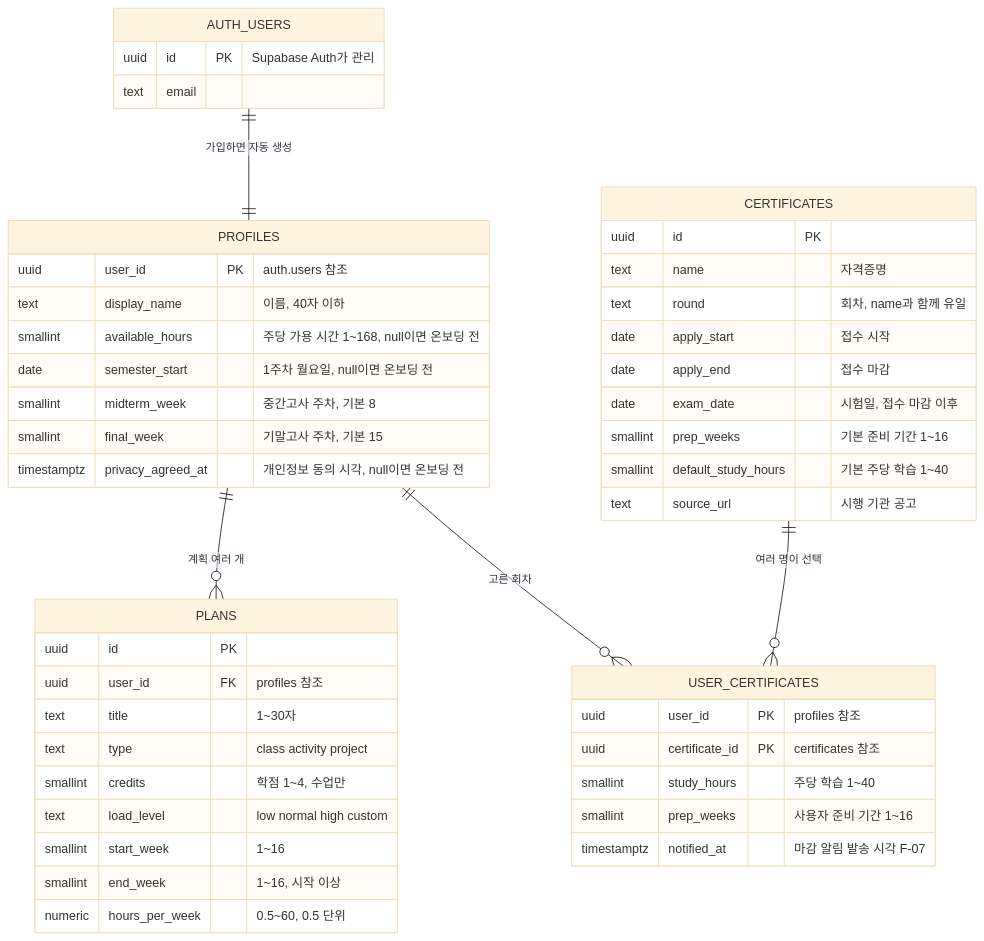
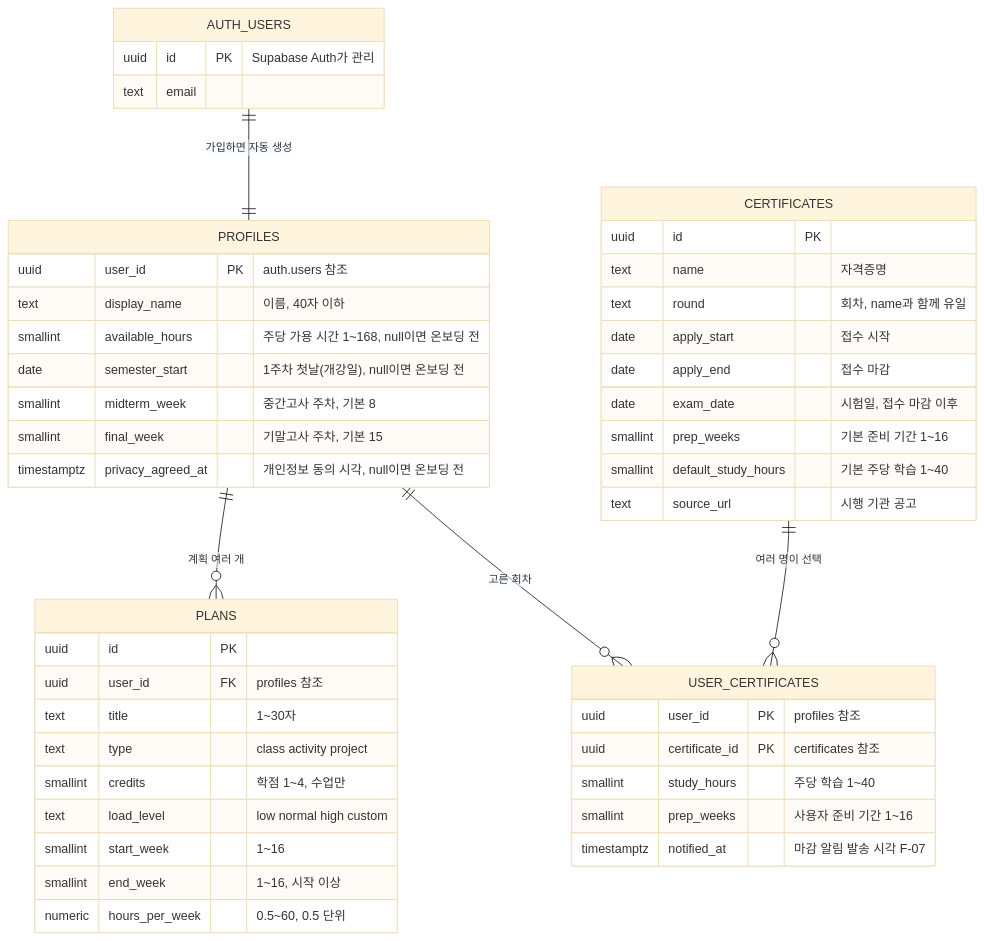
The first of 2 diagrams in docs/ARCHITECTURE.md (Yeboseyo-team/YBSY-BACKEND), drawn with Mermaid (base theme) before and after one commit. The commit also changed 53 other files, not shown here.

````diff
--- a/docs/ARCHITECTURE.md
+++ b/docs/ARCHITECTURE.md
@@ -7,49 +7,49 @@
 ```mermaid
 erDiagram
   AUTH_USERS ||--|| PROFILES : "가입하면 자동 생성"
   PROFILES ||--o{ PLANS : "계획 여러 개"
   PROFILES ||--o{ USER_CERTIFICATES : "고른 회차"
   CERTIFICATES ||--o{ USER_CERTIFICATES : "여러 명이 선택"
   AUTH_USERS {
     uuid id PK "Supabase Auth가 관리"
     text email
   }
   PROFILES {
     uuid user_id PK "auth.users 참조"
     text display_name "이름, 40자 이하"
     smallint available_hours "주당 가용 시간 1~168, null이면 온보딩 전"
-    date semester_start "1주차 월요일, null이면 온보딩 전"
+    date semester_start "1주차 첫날(개강일), null이면 온보딩 전"
     smallint midterm_week "중간고사 주차, 기본 8"
     smallint final_week "기말고사 주차, 기본 15"
     timestamptz privacy_agreed_at "개인정보 동의 시각, null이면 온보딩 전"
   }
   PLANS {
     uuid id PK
     uuid user_id FK "profiles 참조"
     text title "1~30자"
     text type "class activity project"
     smallint credits "학점 1~4, 수업만"
     text load_level "low normal high custom"
     smallint start_week "1~16"
     smallint end_week "1~16, 시작 이상"
     numeric hours_per_week "0.5~60, 0.5 단위"
   }
   CERTIFICATES {
     uuid id PK
     text name "자격증명"
     text round "회차, name과 함께 유일"
     date apply_start "접수 시작"
     date apply_end "접수 마감"
     date exam_date "시험일, 접수 마감 이후"
     smallint prep_weeks "기본 준비 기간 1~16"
     smallint default_study_hours "기본 주당 학습 1~40"
     text source_url "시행 기관 공고"
   }
   USER_CERTIFICATES {
     uuid user_id PK "profiles 참조"
     uuid certificate_id PK "certificates 참조"
     smallint study_hours "주당 학습 1~40"
     smallint prep_weeks "사용자 준비 기간 1~16"
     timestamptz notified_at "마감 알림 발송 시각 F-07"
   }
 ```
````
